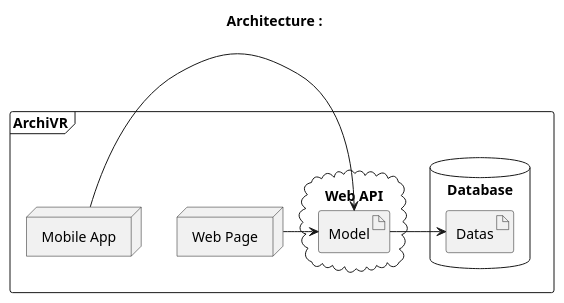
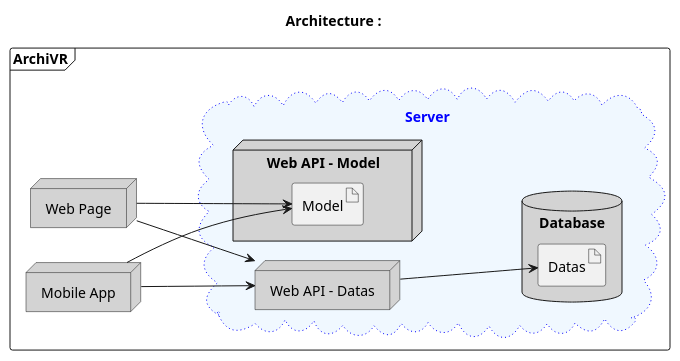
The diagram in Diagrams/architecture.md (axdelafuen/archivr), drawn with PlantUML before and after one commit.

````diff
--- a/Diagrams/architecture.md
+++ b/Diagrams/architecture.md
@@ -1,28 +1,35 @@
 ```plantuml
-@startuml
+title "Architecture :"
 
-title "Architecture :"
+left to right direction
 
 frame "ArchiVR" {
 
-node web as "Web Page"
+node web as "Web Page" #lightgrey
 
-node mobile as "Mobile App"
+node mobile as "Mobile App" #lightgrey
 
-database db as "Database"{
-artifact Datas
-}
+cloud Server #aliceblue;line:blue;line.dotted;text:blue{
 
-cloud api as "Web API"{
+node modelApi as "Web API - Model"#lightgrey{
 artifact Model
 }
 
-web -> Model
-mobile -> Model
+node datasApi as "Web API - Datas" #lightgrey
 
-Model -> Datas
+database db as "Database"#lightgray{
+artifact Datas
+}
+}
+
+
+web --> Model
+mobile --> Model
+
+web --> datasApi
+mobile --> datasApi
+
+datasApi --> Datas
 
 }
-
-@enduml
 ```
````
